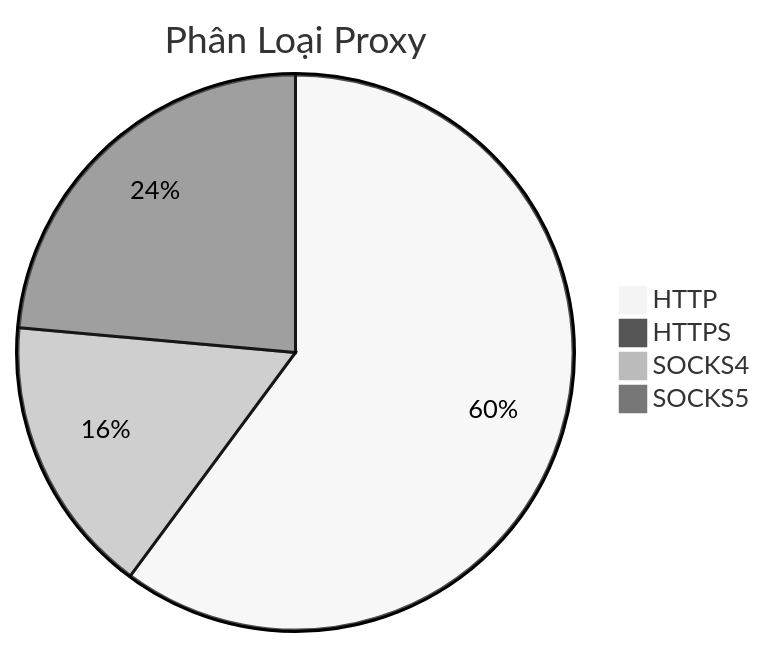
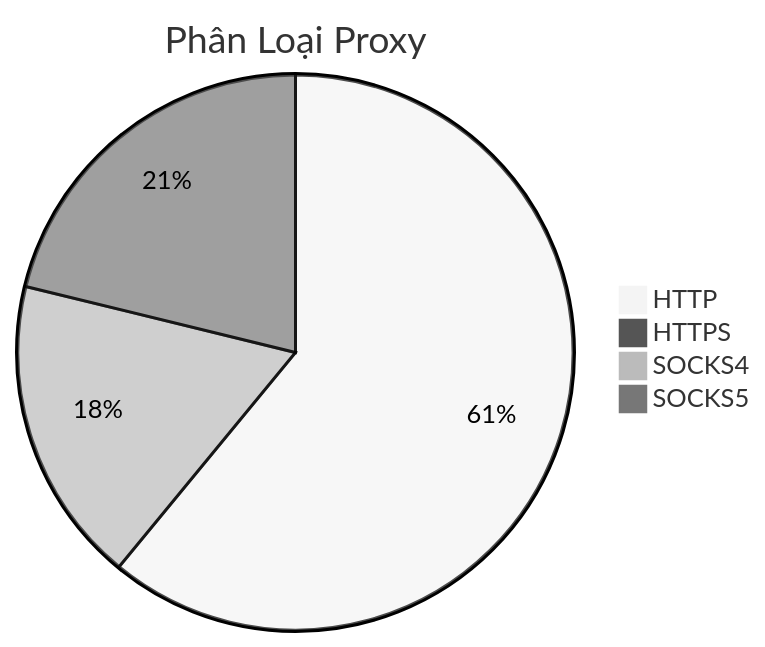
Before and after one commit to Ciara-12/PROXY-free: the diagram in README.md, drawn with Mermaid (neutral theme). The commit also changed other lines of this file and 4 other files, not shown here.

````diff
--- a/README.md
+++ b/README.md
@@ -26,7 +26,7 @@
 ```mermaid
 pie title Phân Loại Proxy
-    "HTTP" : 801
-    "HTTPS" : 2
-    "SOCKS4" : 217
-    "SOCKS5" : 314
+    "HTTP" : 1137
+    "HTTPS" : 3
+    "SOCKS4" : 333
+    "SOCKS5" : 395
 ```
````
